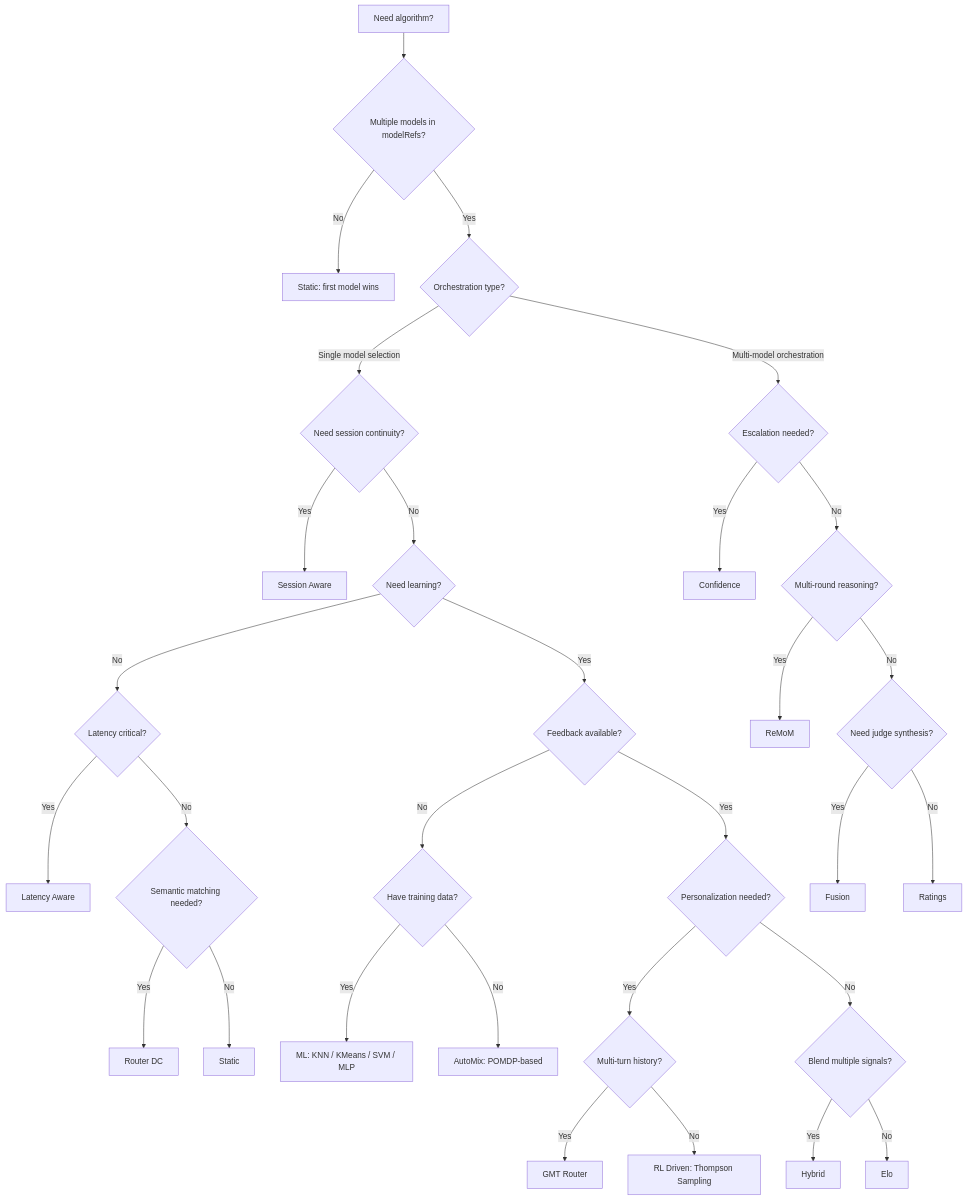
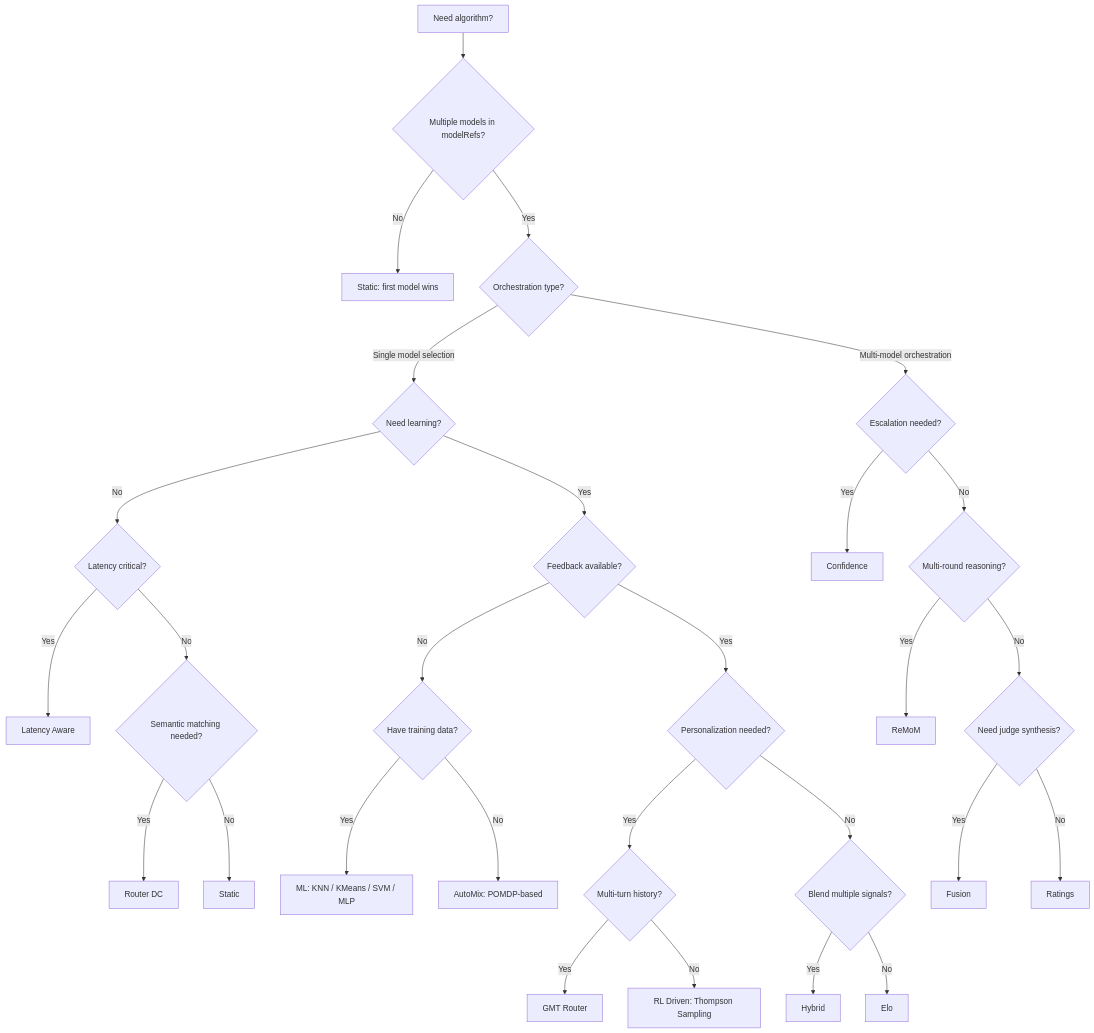
Before and after one commit to vllm-project/semantic-router: the diagram in website/docs/tutorials/algorithm/overview.md, drawn with Mermaid. The commit also changed other lines of this file and 108 other files, not shown here.

````diff
--- a/website/docs/tutorials/algorithm/overview.md
+++ b/website/docs/tutorials/algorithm/overview.md
@@ -86,32 +85,30 @@
 ```mermaid
 flowchart TD
     Start[Need algorithm?] --> Q1{Multiple models in modelRefs?}
     Q1 -- No --> Static[Static: first model wins]
     Q1 -- Yes --> Q2{Orchestration type?}
-    Q2 -- Single model selection --> QS{Need session continuity?}
-    QS -- Yes --> SessionAware[Session Aware]
-    QS -- No --> Q3{Need learning?}
+    Q2 -- Single model selection --> Q3{Need learning?}
     Q3 -- No --> Q4{Latency critical?}
     Q4 -- Yes --> Latency[Latency Aware]
     Q4 -- No --> Q5{Semantic matching needed?}
     Q5 -- Yes --> RDC[Router DC]
     Q5 -- No --> Static2[Static]
     Q3 -- Yes --> Q6{Feedback available?}
     Q6 -- No --> Q7{Have training data?}
     Q7 -- Yes --> ML[ML: KNN / KMeans / SVM / MLP]
     Q7 -- No --> AutoMix[AutoMix: POMDP-based]
     Q6 -- Yes --> Q8{Personalization needed?}
     Q8 -- Yes --> Q9{Multi-turn history?}
     Q9 -- Yes --> GMT[GMT Router]
     Q9 -- No --> RL[RL Driven: Thompson Sampling]
     Q8 -- No --> Q10{Blend multiple signals?}
     Q10 -- Yes --> Hybrid[Hybrid]
     Q10 -- No --> Elo[Elo]
     Q2 -- Multi-model orchestration --> Q11{Escalation needed?}
     Q11 -- Yes --> Confidence[Confidence]
     Q11 -- No --> Q12{Multi-round reasoning?}
     Q12 -- Yes --> ReMoM[ReMoM]
     Q12 -- No --> Q13{Need judge synthesis?}
     Q13 -- Yes --> Fusion[Fusion]
     Q13 -- No --> Ratings[Ratings]
 ```
````
